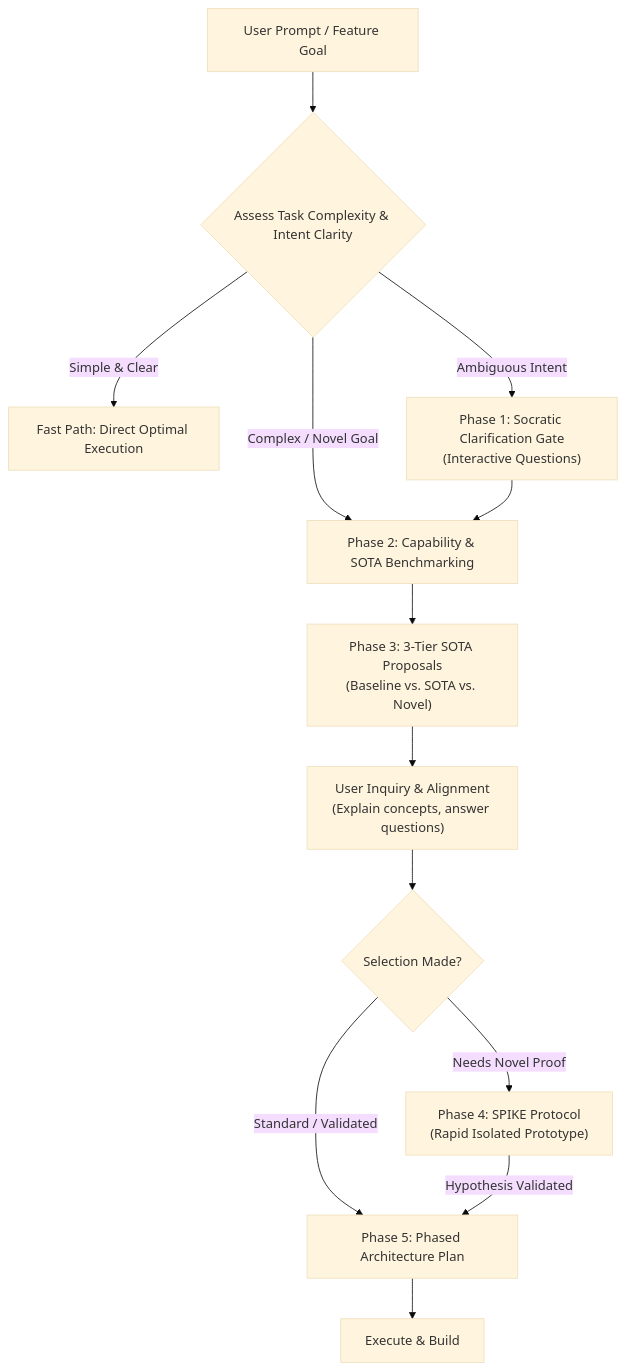
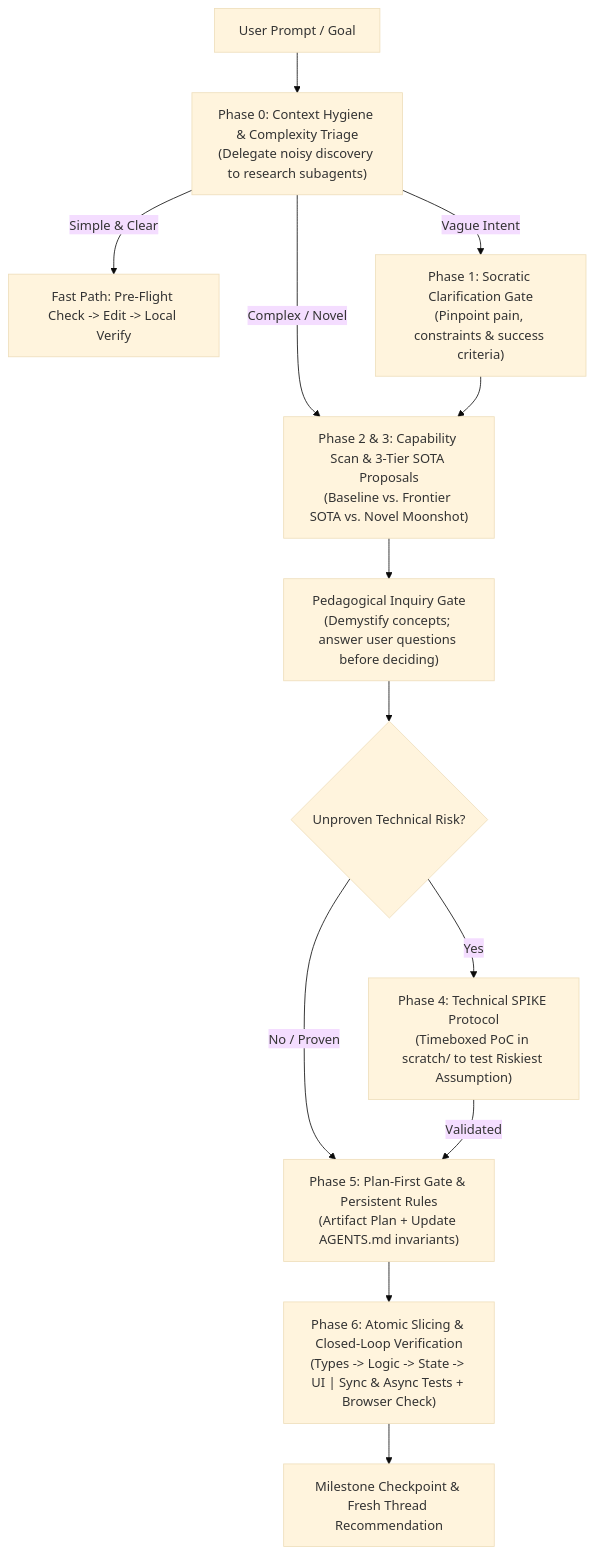
Before and after one commit to davtoh/antigravity-skills: the diagram in frontier-architect/SKILL.md, drawn with Mermaid (base theme). The commit also changed other lines of this file and 1 other file, not shown here.

Commit message:
feat: improve frontier-architect with opus and skill-creator passes

````diff
--- a/frontier-architect/SKILL.md
+++ b/frontier-architect/SKILL.md
@@ -34,18 +37,20 @@
 ```mermaid
 flowchart TD
-    Start["User Prompt / Feature Goal"] --> Triage{"Assess Task Complexity & Intent Clarity"}
+    Start["User Prompt / Goal"] --> Hygiene["Phase 0: Context Hygiene & Complexity Triage\n(Delegate noisy discovery to research subagents)"]
     
-    Triage -->|Simple & Clear| FastPath["Fast Path: Direct Optimal Execution"]
-    Triage -->|Ambiguous Intent| Clarify["Phase 1: Socratic Clarification Gate\n(Interactive Questions)"]
-    Triage -->|Complex / Novel Goal| Elevate["Phase 2: Capability & SOTA Benchmarking"]
+    Hygiene -->|Simple & Clear| FastSlice["Fast Path: Pre-Flight Check -> Edit -> Local Verify"]
+    Hygiene -->|Vague Intent| Clarify["Phase 1: Socratic Clarification Gate\n(Pinpoint pain, constraints & success criteria)"]
+    Hygiene -->|Complex / Novel| Elevate["Phase 2 & 3: Capability Scan & 3-Tier SOTA Proposals\n(Baseline vs. Frontier SOTA vs. Novel Moonshot)"]
     
     Clarify --> Elevate
     
-    Elevate --> Propositions["Phase 3: 3-Tier SOTA Proposals\n(Baseline vs. SOTA vs. Novel)"]
-    Propositions --> UserExploration["User Inquiry & Alignment\n(Explain concepts, answer questions)"]
-    UserExploration --> Decision{"Selection Made?"}
-    Decision -->|Needs Novel Proof| Spike["Phase 4: SPIKE Protocol\n(Rapid Isolated Prototype)"]
-    Decision -->|Standard / Validated| Roadmap["Phase 5: Phased Architecture Plan"]
-    Spike -->|Hypothesis Validated| Roadmap
-    Roadmap --> Execution["Execute & Build"]
+    Elevate --> Dialogue["Pedagogical Inquiry Gate\n(Demystify concepts; answer user questions before deciding)"]
+    Dialogue --> RiskCheck{"Unproven Technical Risk?"}
+    
+    RiskCheck -->|Yes| Spike["Phase 4: Technical SPIKE Protocol\n(Timeboxed PoC in scratch/ to test Riskiest Assumption)"]
+    RiskCheck -->|No / Proven| PlanGate["Phase 5: Plan-First Gate & Persistent Rules\n(Artifact Plan + Update AGENTS.md invariants)"]
+    Spike -->|Validated| PlanGate
+    
+    PlanGate --> Loop["Phase 6: Atomic Slicing & Closed-Loop Verification\n(Types -> Logic -> State -> UI | Sync & Async Tests + Browser Check)"]
+    Loop --> Handoff["Milestone Checkpoint & Fresh Thread Recommendation"]
 ```
````
